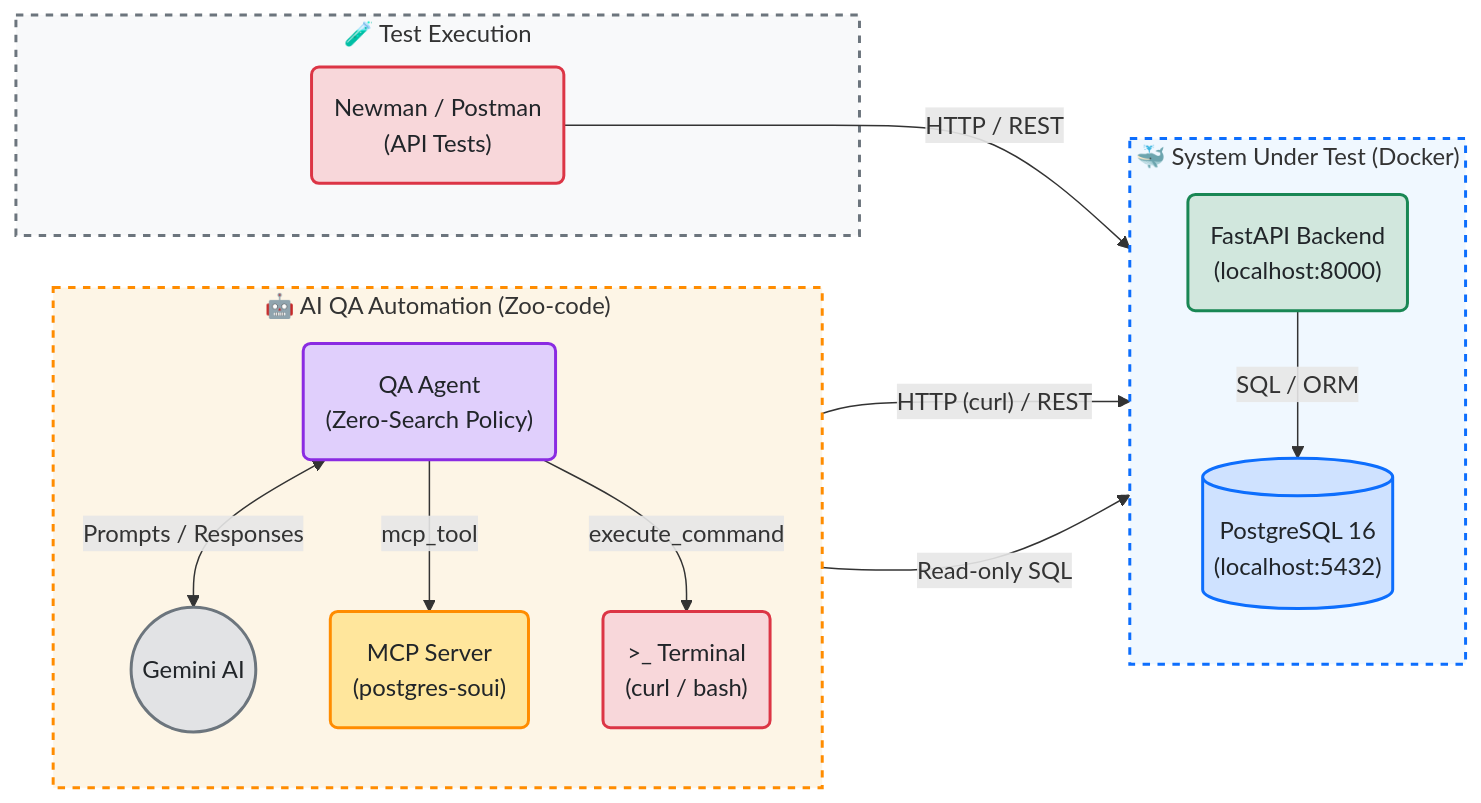
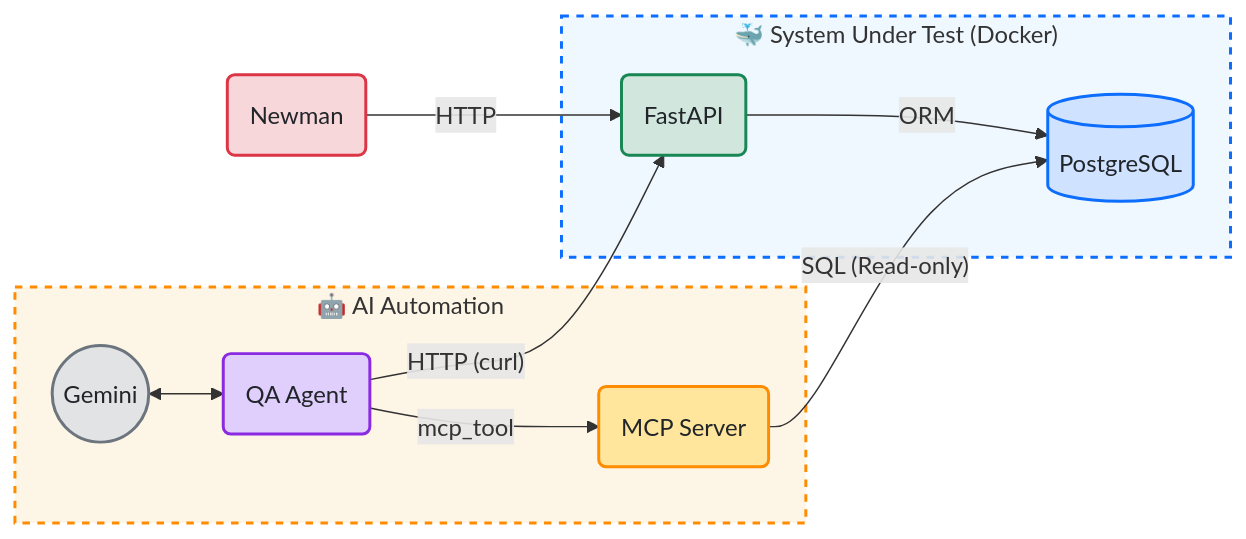
Before and after one commit to stasmeh/soui-qa-automation-hub: the diagram in README.md, drawn with Mermaid.

````diff
--- a/README.md
+++ b/README.md
@@ -25,56 +25,42 @@
 ```mermaid
 graph LR
-    %% Классические инструменты QA
-    subgraph QA_Tools ["🧪 Test Execution"]
-        Newman("Newman / Postman<br/>(API Tests)")
+    %% Тестируемое приложение
+    subgraph Docker ["🐳 System Under Test (Docker)"]
+        API("FastAPI")
+        DB[("PostgreSQL")]
+        
+        API -->|"ORM"| DB
     end
 
-    %% Зона тестируемого приложения (Docker)
-    subgraph Docker ["🐳 System Under Test (Docker)"]
-        direction TB
-        API("FastAPI Backend<br/>(localhost:8000)")
-        DB[("PostgreSQL 16<br/>(localhost:5432)")]
-        
-        API -->|"SQL / ORM"| DB
+    %% ИИ-Агент
+    subgraph AI ["🤖 AI Automation"]
+        LLM(("Gemini")) <--> Agent("QA Agent")
+        Agent -->|"mcp_tool"| MCP("MCP Server")
     end
 
-    %% Зона ИИ и Агента
-    subgraph AI_Env ["🤖 AI QA Automation (Zoo-code)"]
-        direction TB
-        LLM(("Gemini AI"))
-        Agent("QA Agent<br/>(Zero-Search Policy)")
-        MCP("MCP Server<br/>(postgres-soui)")
-        Terminal(">_ Terminal<br/>(curl / bash)")
+    %% Классические тесты
+    Newman("Newman")
 
-        Agent <-->|"Prompts / Responses"| LLM
-        Agent -->|"mcp_tool"| MCP
-        Agent -->|"execute_command"| Terminal
-    end
+    %% Взаимодействие
+    Newman -->|"HTTP"| API
+    Agent -->|"HTTP (curl)"| API
+    MCP -->|"SQL (Read-only)"| DB
 
-    %% Внешние связи (Кросс-доменные)
-    Newman -->|"HTTP / REST"| API
-    Terminal -->|"HTTP (curl) / REST"| API
-    MCP -->|"Read-only SQL"| DB
-
-    %% Настройки стилей (Твоя палитра)
-    classDef default fill:#f8f9fa,stroke:#ced4da,stroke-width:1px,color:#212529
-    classDef ext fill:#f8d7da,stroke:#dc3545,stroke-width:2px,color:#212529
+    %% Стили
     classDef api fill:#d1e7dd,stroke:#198754,stroke-width:2px,color:#212529
     classDef db fill:#cfe2ff,stroke:#0d6efd,stroke-width:2px,color:#212529
+    classDef agent fill:#e0cffc,stroke:#8a2be2,stroke-width:2px,color:#212529
     classDef mcp fill:#ffe69c,stroke:#ff8c00,stroke-width:2px,color:#212529
-    classDef agent fill:#e0cffc,stroke:#8a2be2,stroke-width:2px,color:#212529
+    classDef ext fill:#f8d7da,stroke:#dc3545,stroke-width:2px,color:#212529
     classDef llm fill:#e2e3e5,stroke:#6c757d,stroke-width:2px,color:#212529
 
-    %% Применение стилей
-    class Newman,Terminal ext
     class API api
     class DB db
+    class Agent agent
     class MCP mcp
-    class Agent agent
+    class Newman ext
     class LLM llm
 
-    %% Стили для рамок (subgraphs)
     style Docker fill:#f0f8ff,stroke:#0d6efd,stroke-width:2px,stroke-dasharray: 5 5
-    style AI_Env fill:#fdf5e6,stroke:#ff8c00,stroke-width:2px,stroke-dasharray: 5 5
-    style QA_Tools fill:#f8f9fa,stroke:#6c757d,stroke-width:2px,stroke-dasharray: 5 5
+    style AI fill:#fdf5e6,stroke:#ff8c00,stroke-width:2px,stroke-dasharray: 5 5
 ```
````
